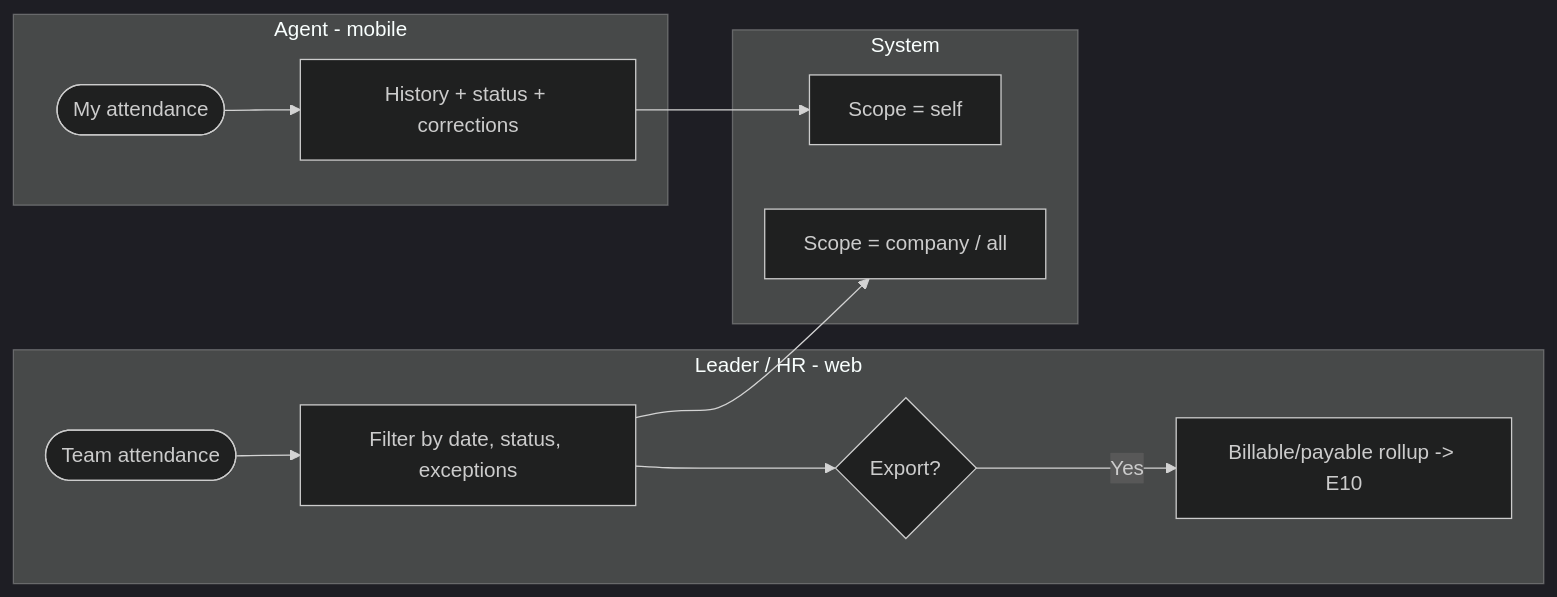
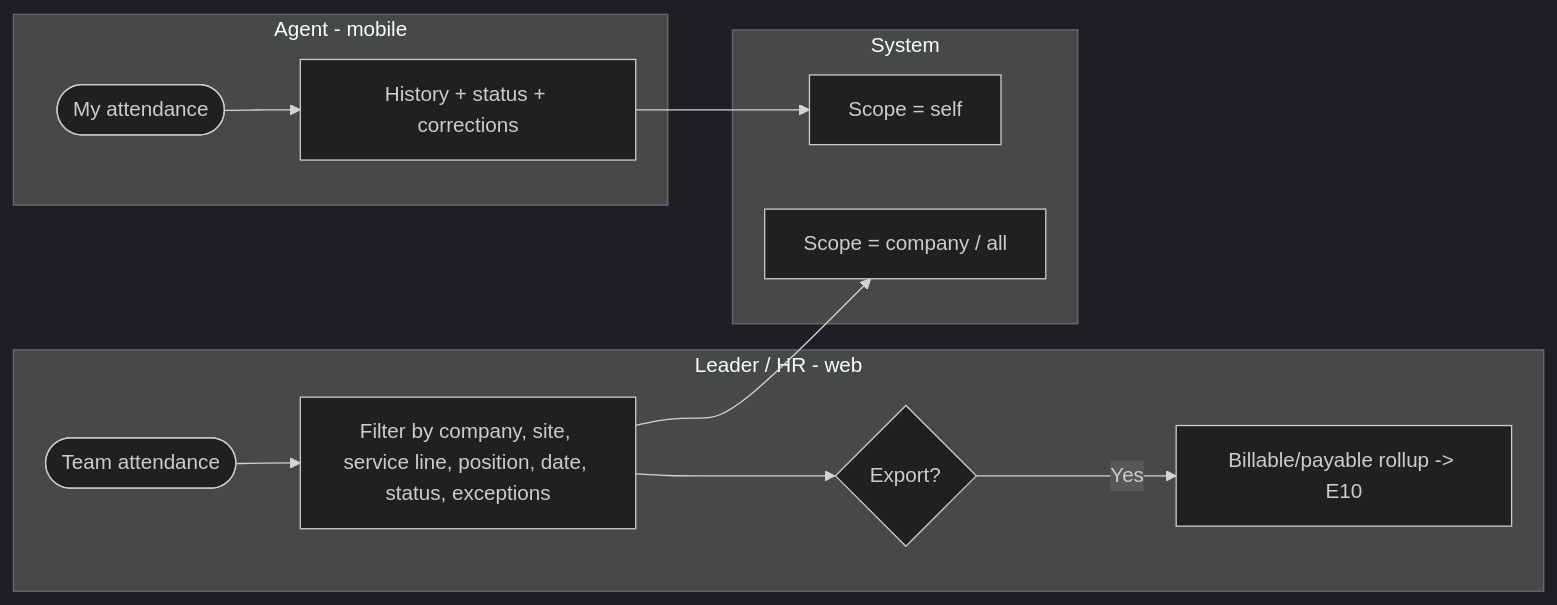
Before and after one commit to hariszaki17/hris-outsource: the sixth of 6 diagrams in docs/epics/E5-attendance/FEATURE.md, drawn with Mermaid (dark theme). The commit also changed other lines of this file and 37 other files, not shown here.

````diff
--- a/docs/epics/E5-attendance/FEATURE.md
+++ b/docs/epics/E5-attendance/FEATURE.md
@@ -211,15 +218,15 @@
 ```mermaid
 flowchart LR
     subgraph AG[Agent - mobile]
         R1([My attendance]) --> R2[History + status + corrections]
     end
     subgraph LH[Leader / HR - web]
-        R3([Team attendance]) --> R4[Filter by date, status, exceptions]
+        R3([Team attendance]) --> R4[Filter by company, site, service line, position, date, status, exceptions]
         R4 --> R5{Export?}
         R5 -- Yes --> R6[Billable/payable rollup -> E10]
     end
     subgraph SYS[System]
         R2 --> Q1[Scope = self]
         R4 --> Q2[Scope = company / all]
     end
 ```
````
